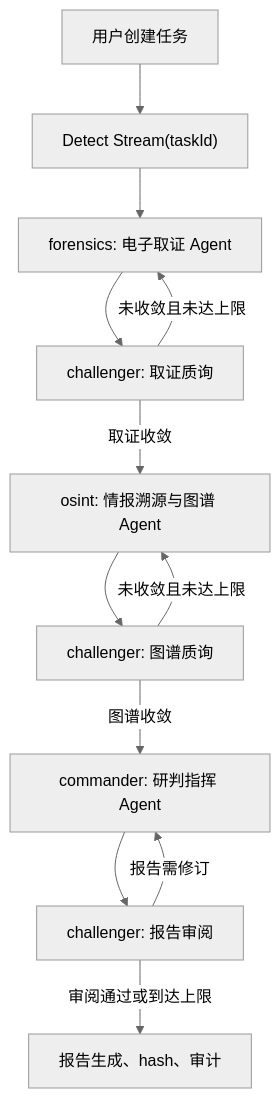
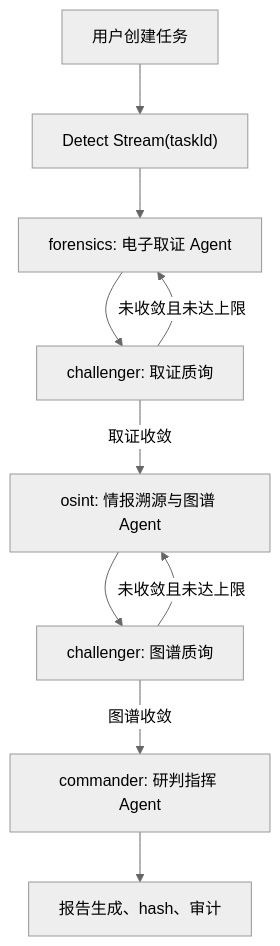
Before and after one commit to re-gion/TruthSeeker: the first of 2 diagrams in docs/APP_FLOW.md, drawn with Mermaid (neutral theme). The commit also changed other lines of this file and 67 other files, not shown here.

````diff
--- a/docs/APP_FLOW.md
+++ b/docs/APP_FLOW.md
@@ -42,14 +42,12 @@
 ```mermaid
 flowchart TD
   U["用户创建任务"] --> S["Detect Stream(taskId)"]
   S --> F["forensics: 电子取证 Agent"]
   F --> C1["challenger: 取证质询"]
   C1 -->|未收敛且未达上限| F
   C1 -->|取证收敛| O["osint: 情报溯源与图谱 Agent"]
   O --> C2["challenger: 图谱质询"]
   C2 -->|未收敛且未达上限| O
   C2 -->|图谱收敛| M["commander: 研判指挥 Agent"]
-  M --> C3["challenger: 报告审阅"]
-  C3 -->|报告需修订| M
-  C3 -->|审阅通过或到达上限| R["报告生成、hash、审计"]
+  M --> R["报告生成、hash、审计"]
 ```
````
